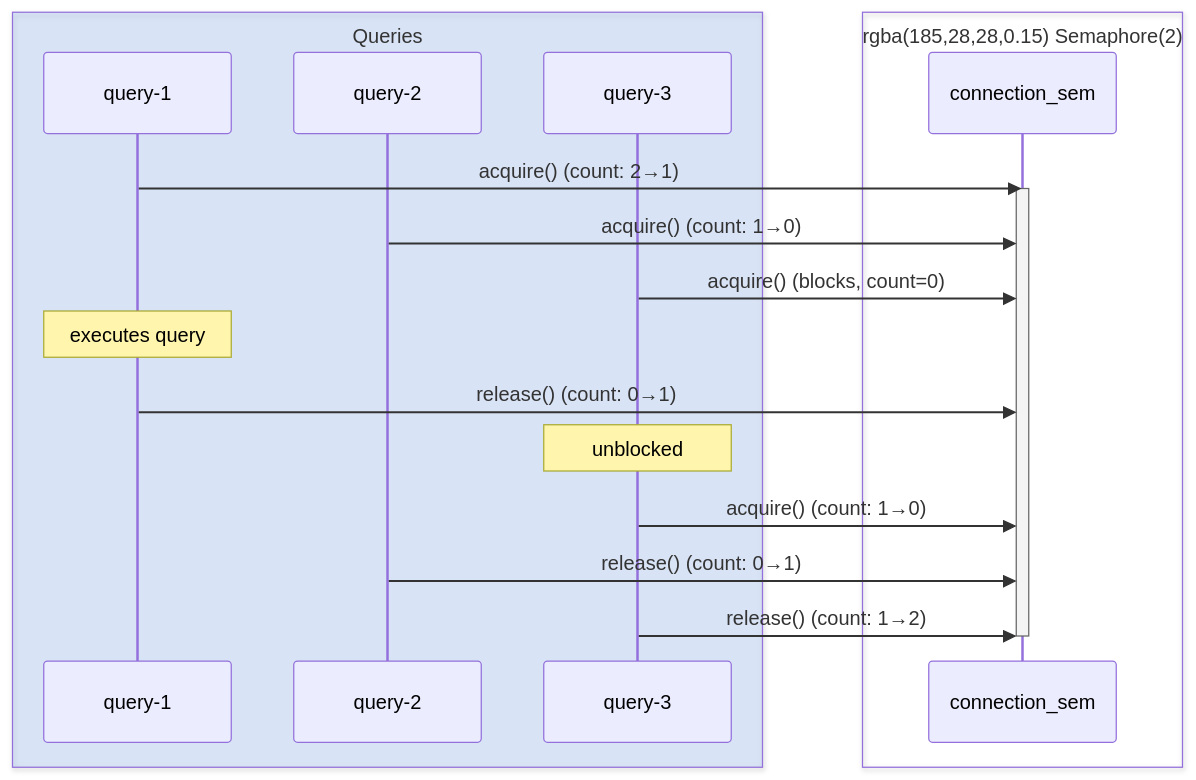
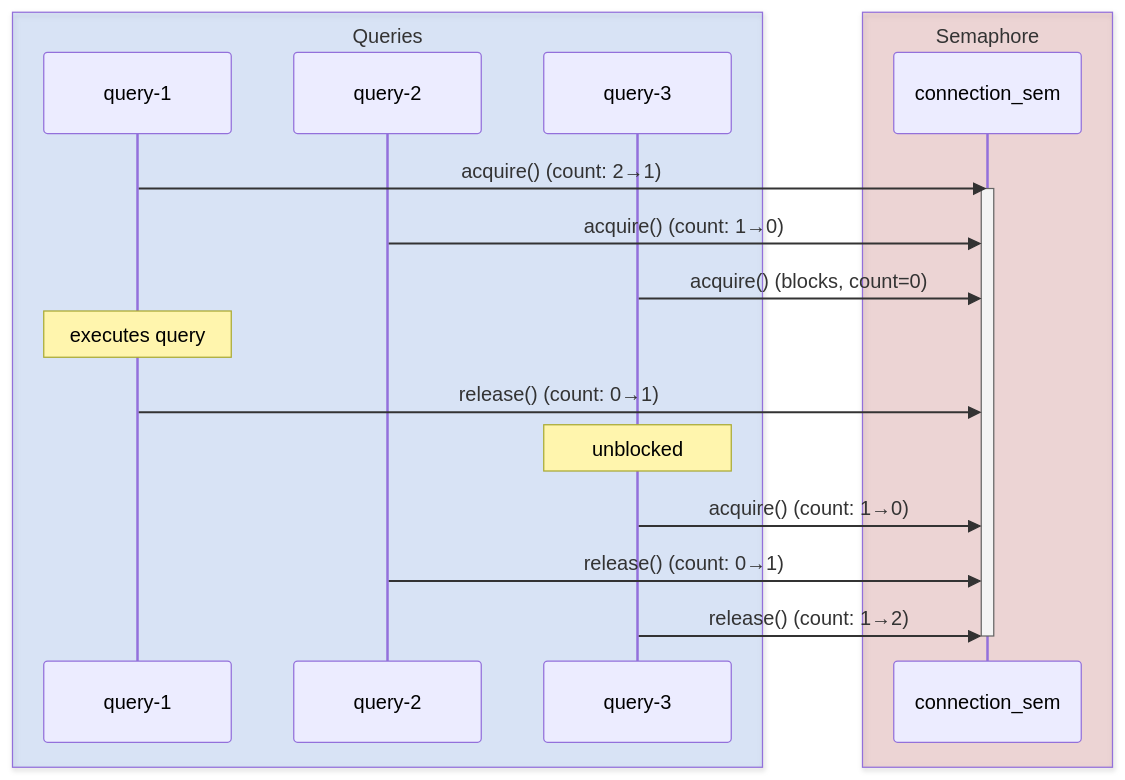
Before and after one commit to gaborbernat/bernat-tech: the sixth of 18 diagrams in content/posts/blanket-deterministic-threading/index.md, drawn with Mermaid. The commit also changed other lines of this file, not shown here.

Commit message:
Fix box labels: remove parenthesized suffixes that break Mermaid 11.15 parser

````diff
--- a/content/posts/blanket-deterministic-threading/index.md
+++ b/content/posts/blanket-deterministic-threading/index.md
@@ -383,23 +383,23 @@
 ```mermaid
 sequenceDiagram
     box rgba(59,130,246,0.15) Queries
         participant Q1 as query-1
         participant Q2 as query-2
         participant Q3 as query-3
     end
-    box rgba(185,28,28,0.15) Semaphore(2)
+    box rgba(185,28,28,0.15) Semaphore
         participant S as connection_sem
     end
 
     Q1->>S: acquire() (count: 2→1)
     activate S
     Q2->>S: acquire() (count: 1→0)
     Q3->>S: acquire() (blocks, count=0)
     Note over Q1: executes query
     Q1->>S: release() (count: 0→1)
     Note over Q3: unblocked
     Q3->>S: acquire() (count: 1→0)
     Q2->>S: release() (count: 0→1)
     Q3->>S: release() (count: 1→2)
     deactivate S
 ```
````
